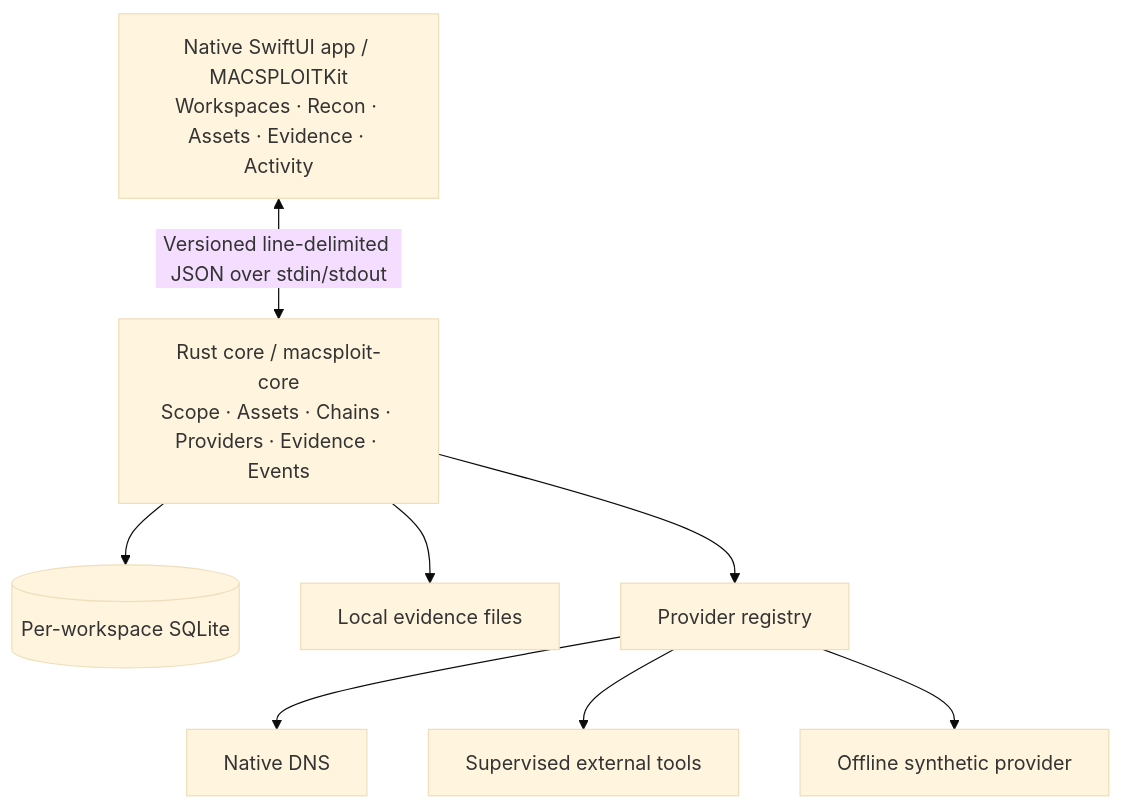
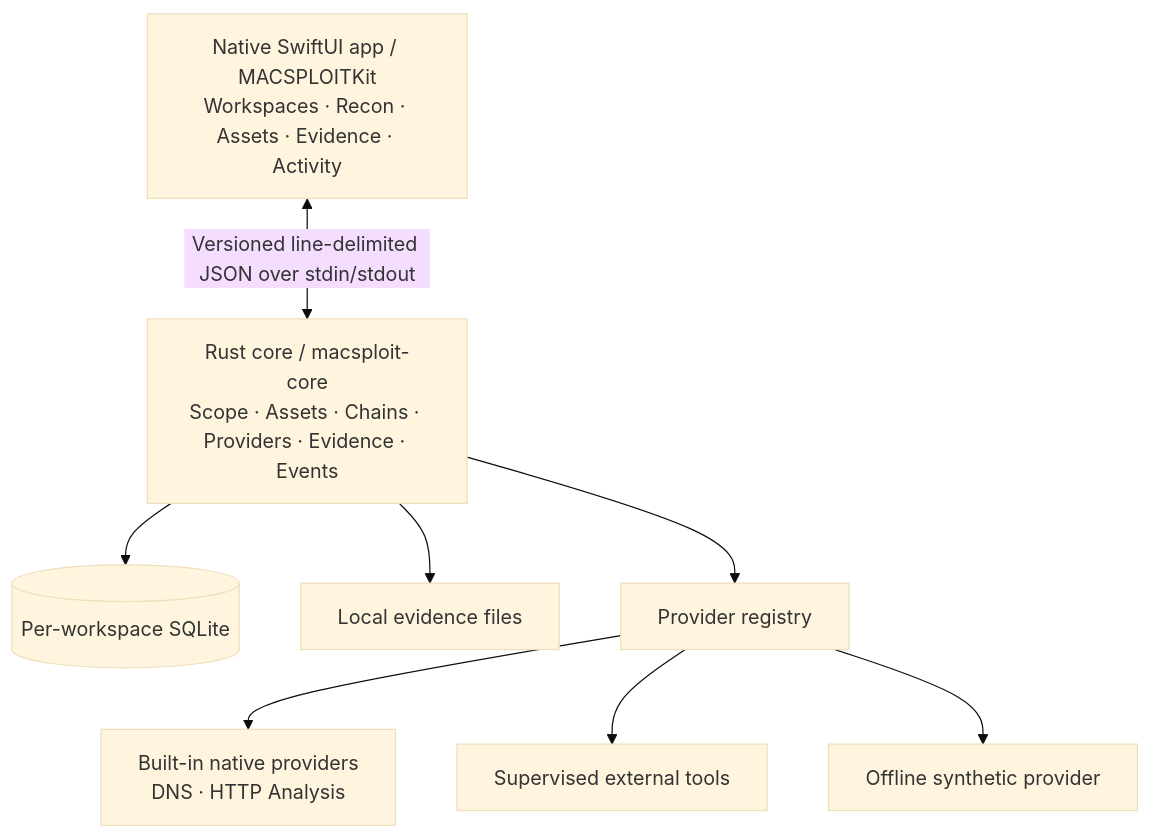
The fifth of 5 diagrams in README.md (doctordoomies/MACSPLOIT), drawn with Mermaid (base theme) before and after one commit. The commit also changed other lines of this file, not shown here.

Commit message:
docs: reconcile README with native HTTP analysis

````diff
--- a/README.md
+++ b/README.md
@@ -140,12 +153,12 @@
 ```mermaid
 flowchart TD
     UI["Native SwiftUI app / MACSPLOITKit<br/>Workspaces · Recon · Assets · Evidence · Activity"]
     CORE["Rust core / macsploit-core<br/>Scope · Assets · Chains · Providers · Evidence · Events"]
     UI <-->|"Versioned line-delimited JSON over stdin/stdout"| CORE
     CORE --> DB[(Per-workspace SQLite)]
     CORE --> FILES[Local evidence files]
     CORE --> PROVIDERS[Provider registry]
-    PROVIDERS --> N[Native DNS]
+    PROVIDERS --> N[Built-in native providers<br/>DNS · HTTP Analysis]
     PROVIDERS --> X[Supervised external tools]
     PROVIDERS --> S[Offline synthetic provider]
 ```
````
